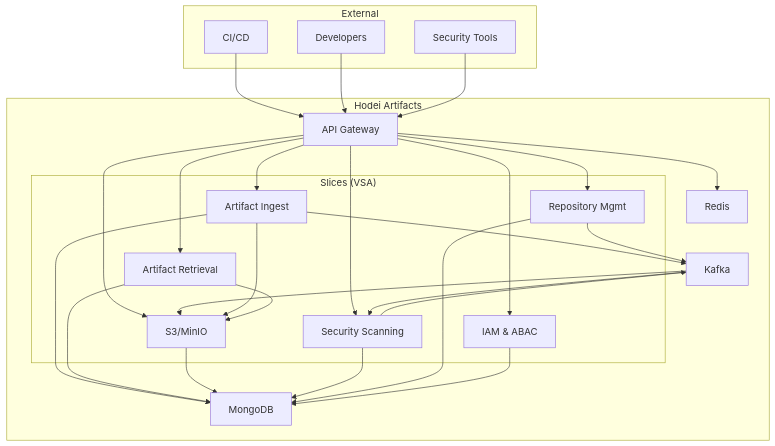
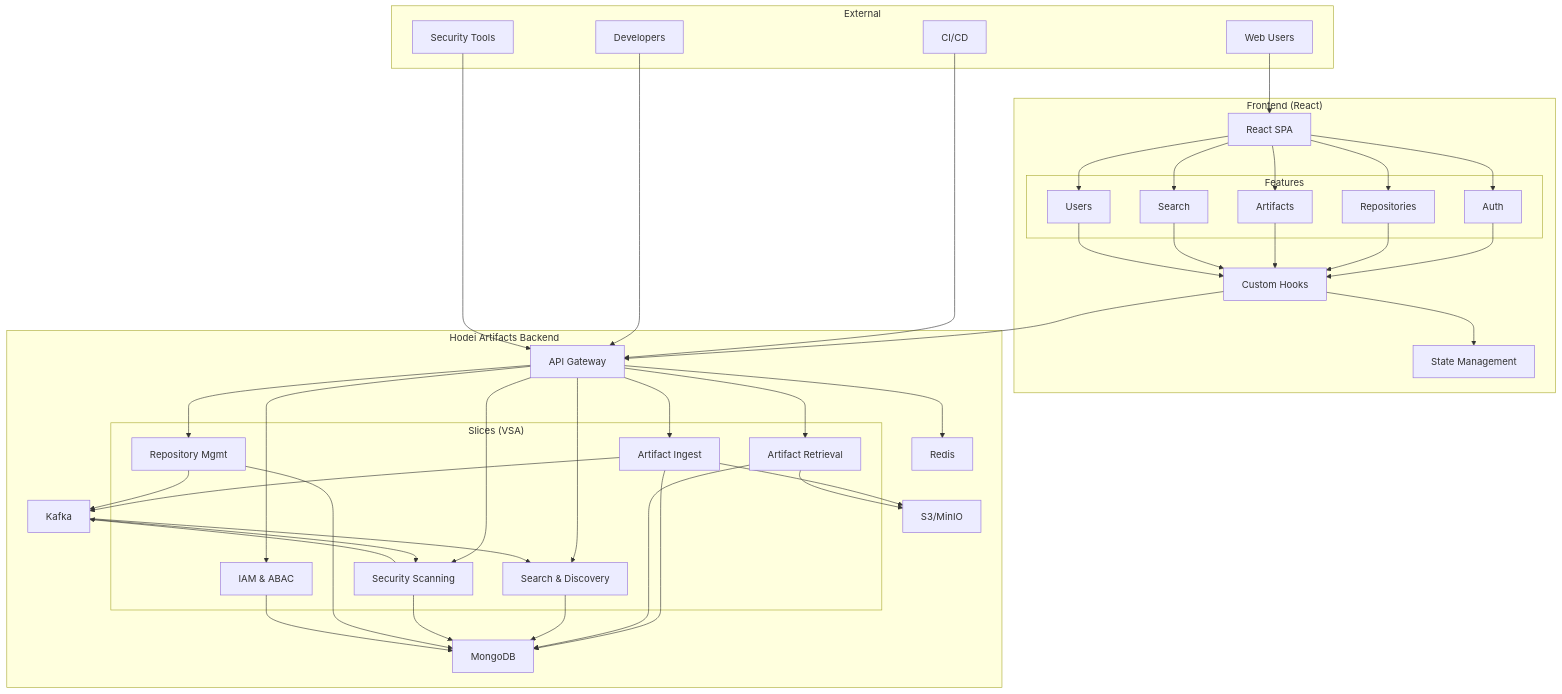
One commit to Rubentxu/hodei-artifacts changed the diagram in README.md. Above: the diagram before and after it, drawn with Mermaid. The commit also changed other lines of this file, not shown here.

````diff
--- a/README.md
+++ b/README.md
@@ -30,35 +30,55 @@
 ```mermaid
 graph TB
     subgraph "External"
         CI[CI/CD]
         DEV[Developers]
         SEC[Security Tools]
+        WEB[Web Users]
     end
 
-    subgraph "Hodei Artifacts"
+    subgraph "Frontend (React)"
+        UI[React SPA]
+        subgraph "Features"
+            F1[Auth]
+            F2[Repositories]
+            F3[Artifacts]
+            F4[Search]
+            F5[Users]
+        end
+        STORE[State Management]
+        HOOKS[Custom Hooks]
+    end
+
+    subgraph "Hodei Artifacts Backend"
         API[API Gateway]
         subgraph "Slices (VSA)"
             S1[Artifact Ingest]
             S2[Artifact Retrieval]
             S3[Search & Discovery]
             S4[Security Scanning]
             S5[Repository Mgmt]
             S6[IAM & ABAC]
         end
         KAFKA[Kafka]
         MONGO[MongoDB]
-        S3[S3/MinIO]
+        S3STORAGE[S3/MinIO]
         CACHE[Redis]
     end
 
+    WEB --> UI
+    UI --> F1 & F2 & F3 & F4 & F5
+    F1 & F2 & F3 & F4 & F5 --> HOOKS
+    HOOKS --> STORE
+    HOOKS --> API
+    
     CI & DEV & SEC --> API
     API --> S1 & S2 & S3 & S4 & S5 & S6
     S1 --> KAFKA
     S4 --> KAFKA
     S5 --> KAFKA
     KAFKA --> S3
     KAFKA --> S4
     S1 & S2 & S3 & S4 & S5 & S6 --> MONGO
-    S1 & S2 --> S3
+    S1 & S2 --> S3STORAGE
     API --> CACHE
 ```
````
